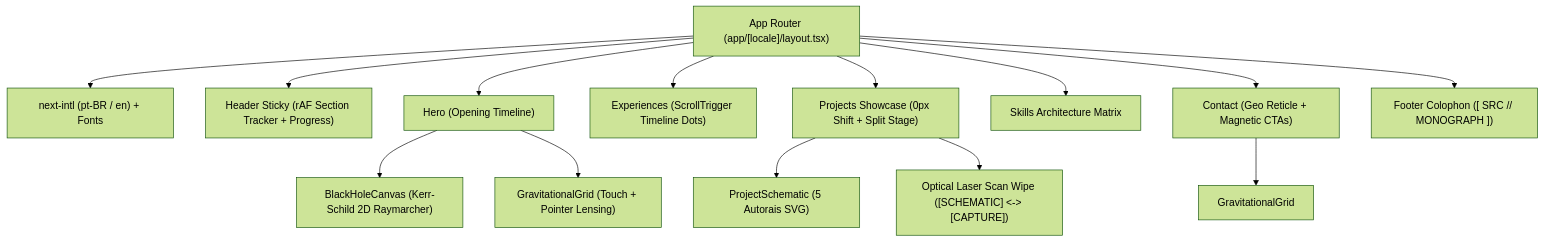
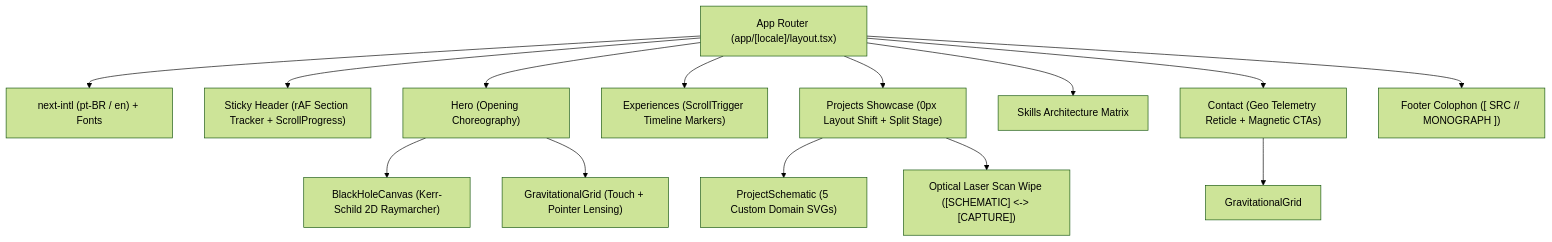
One commit to PedroSmaxY/pedro-smaxy.dev changed the diagram in README.md. Above: the diagram before and after it, drawn with Mermaid (forest theme). The commit also changed other lines of this file and 3 other files, not shown here.

````diff
--- a/README.md
+++ b/README.md
@@ -33,18 +33,18 @@
 ```mermaid
 flowchart TB
     App["App Router (app/[locale]/layout.tsx)"] --> I18n["next-intl (pt-BR / en) + Fonts"]
-    App --> Header["Header Sticky (rAF Section Tracker + Progress)"]
-    App --> Hero["Hero (Opening Timeline)"]
+    App --> Header["Sticky Header (rAF Section Tracker + ScrollProgress)"]
+    App --> Hero["Hero (Opening Choreography)"]
     Hero --> BH["BlackHoleCanvas (Kerr-Schild 2D Raymarcher)"]
     Hero --> Grid1["GravitationalGrid (Touch + Pointer Lensing)"]
 
-    App --> Exp["Experiences (ScrollTrigger Timeline Dots)"]
-    App --> Proj["Projects Showcase (0px Shift + Split Stage)"]
-    Proj --> Schematics["ProjectSchematic (5 Autorais SVG)"]
+    App --> Exp["Experiences (ScrollTrigger Timeline Markers)"]
+    App --> Proj["Projects Showcase (0px Layout Shift + Split Stage)"]
+    Proj --> Schematics["ProjectSchematic (5 Custom Domain SVGs)"]
     Proj --> Laser["Optical Laser Scan Wipe ([SCHEMATIC] <-> [CAPTURE])"]
 
     App --> Skills["Skills Architecture Matrix"]
-    App --> Contact["Contact (Geo Reticle + Magnetic CTAs)"]
+    App --> Contact["Contact (Geo Telemetry Reticle + Magnetic CTAs)"]
     Contact --> Grid2["GravitationalGrid"]
     App --> Footer["Footer Colophon ([ SRC // MONOGRAPH ])"]
 ```
````
